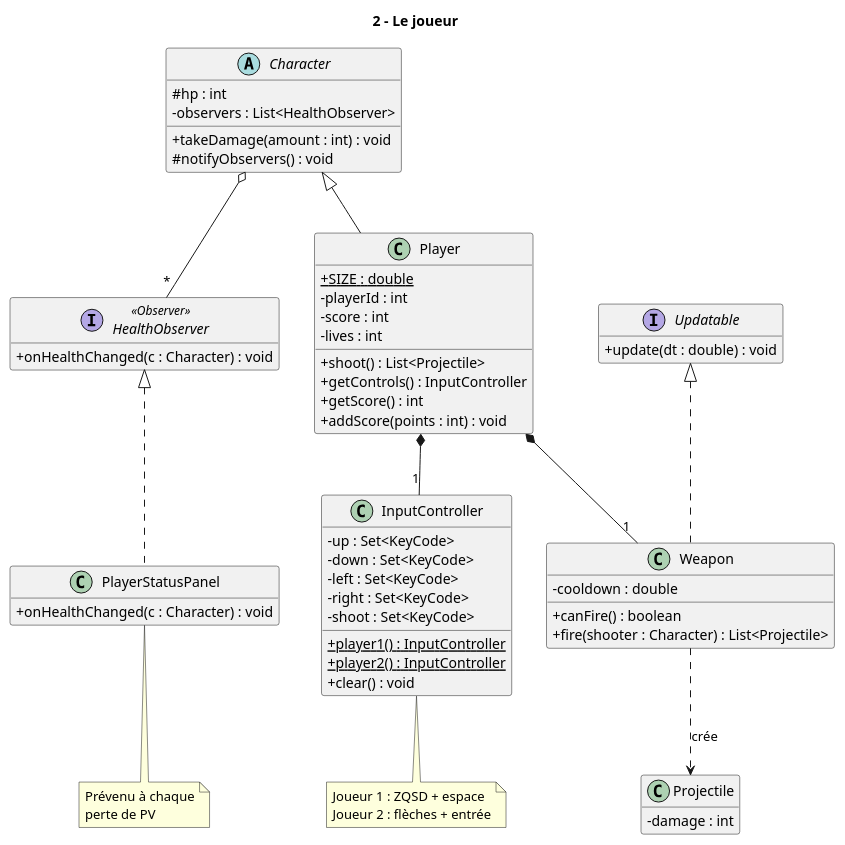
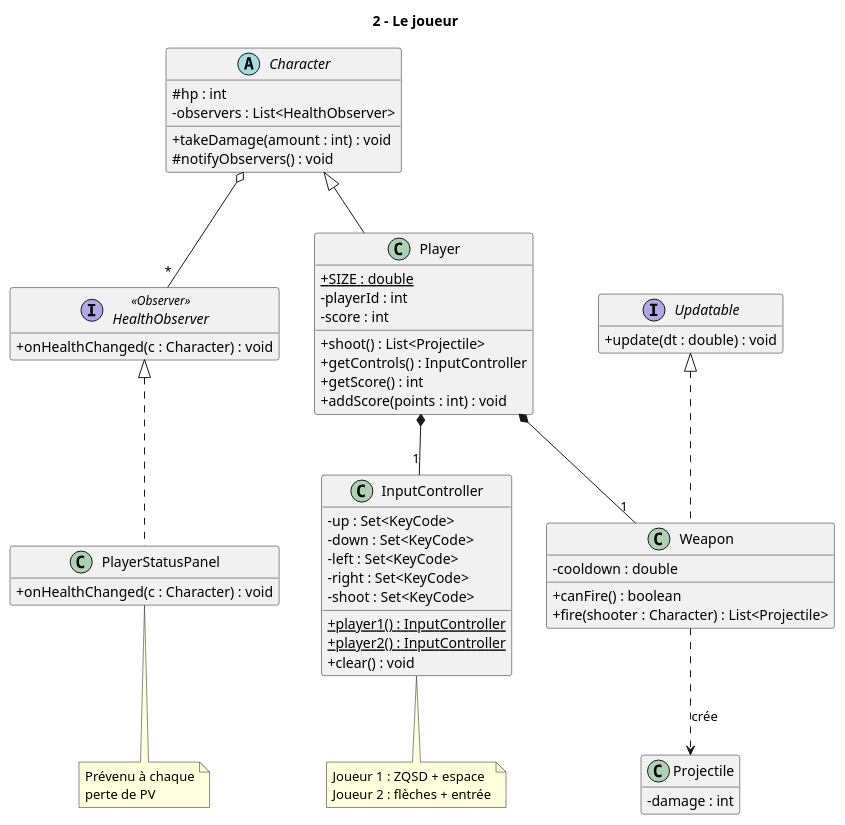
One commit to MeghCH/2d-Game-Natural-Fatal-IA changed the diagram in Docs/Diagrammes/2_joueur.puml. Above: the diagram before and after it, drawn with PlantUML. The commit also changed 35 other files, not shown here.

```diff
--- a/Docs/Diagrammes/2_joueur.puml
+++ b/Docs/Diagrammes/2_joueur.puml
@@ -1,77 +1,76 @@
 @startuml 2_joueur
 title 2 - Le joueur
 
 skinparam classAttributeIconSize 0
 skinparam shadowing false
 hide empty members
 
 abstract class Character {
   # hp : int
   - observers : List<HealthObserver>
   + takeDamage(amount : int) : void
   # notifyObservers() : void
 }
 
 class Player {
   + {static} SIZE : double
   - playerId : int
   - score : int
-  - lives : int
   + shoot() : List<Projectile>
   + getControls() : InputController
   + getScore() : int
   + addScore(points : int) : void
 }
 
 class InputController {
   - up : Set<KeyCode>
   - down : Set<KeyCode>
   - left : Set<KeyCode>
   - right : Set<KeyCode>
   - shoot : Set<KeyCode>
   + {static} player1() : InputController
   + {static} player2() : InputController
   + clear() : void
 }
 
 interface Updatable {
   + update(dt : double) : void
 }
 
 class Weapon {
   - cooldown : double
   + canFire() : boolean
   + fire(shooter : Character) : List<Projectile>
 }
 
 class Projectile {
   - damage : int
 }
 
 interface HealthObserver <<Observer>> {
   + onHealthChanged(c : Character) : void
 }
 
 class PlayerStatusPanel {
   + onHealthChanged(c : Character) : void
 }
 
 Character <|-- Player
 Player *-- "1" InputController
 Player *-- "1" Weapon
 Weapon ..> Projectile : crée
 Updatable <|.. Weapon
 Character o-- "*" HealthObserver
 HealthObserver <|.. PlayerStatusPanel
 
 note bottom of InputController
   Joueur 1 : ZQSD + espace
   Joueur 2 : flèches + entrée
 end note
 
 note bottom of PlayerStatusPanel
   Prévenu à chaque
   perte de PV
 end note
 
 @enduml
```
